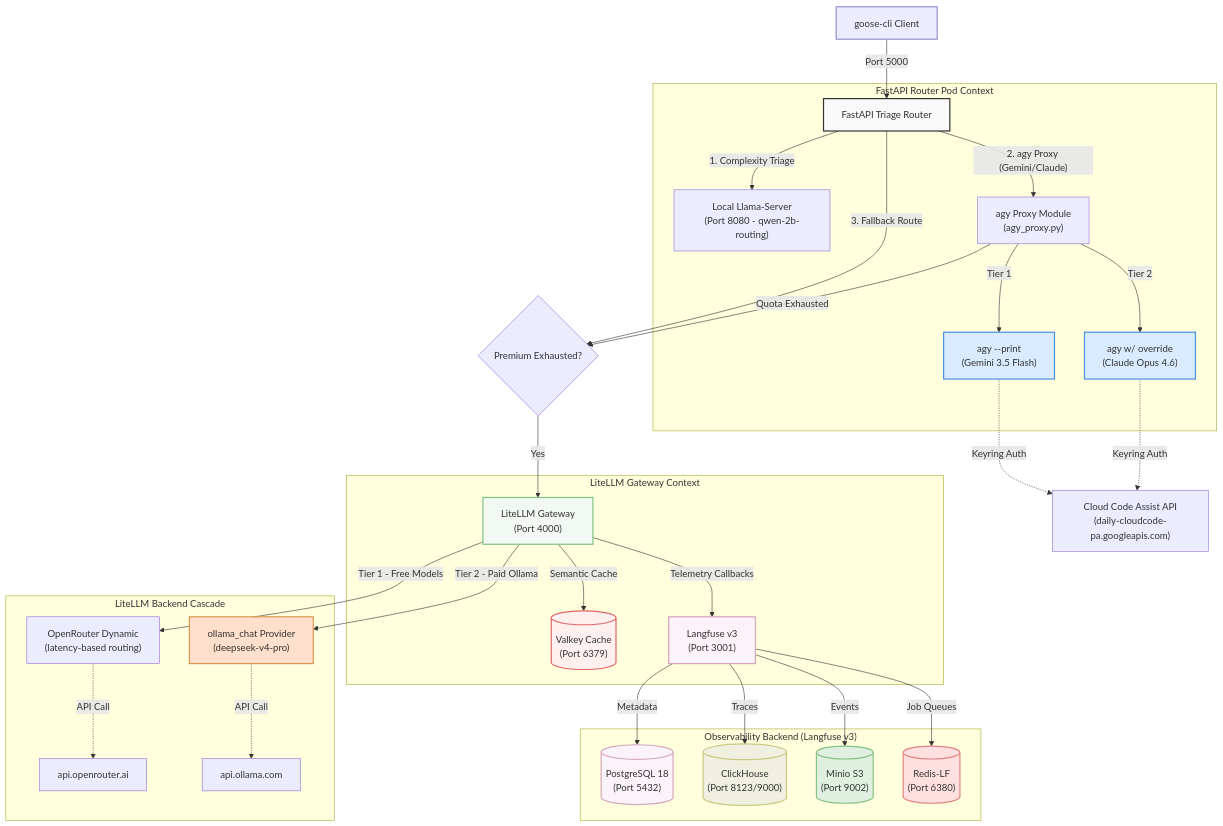
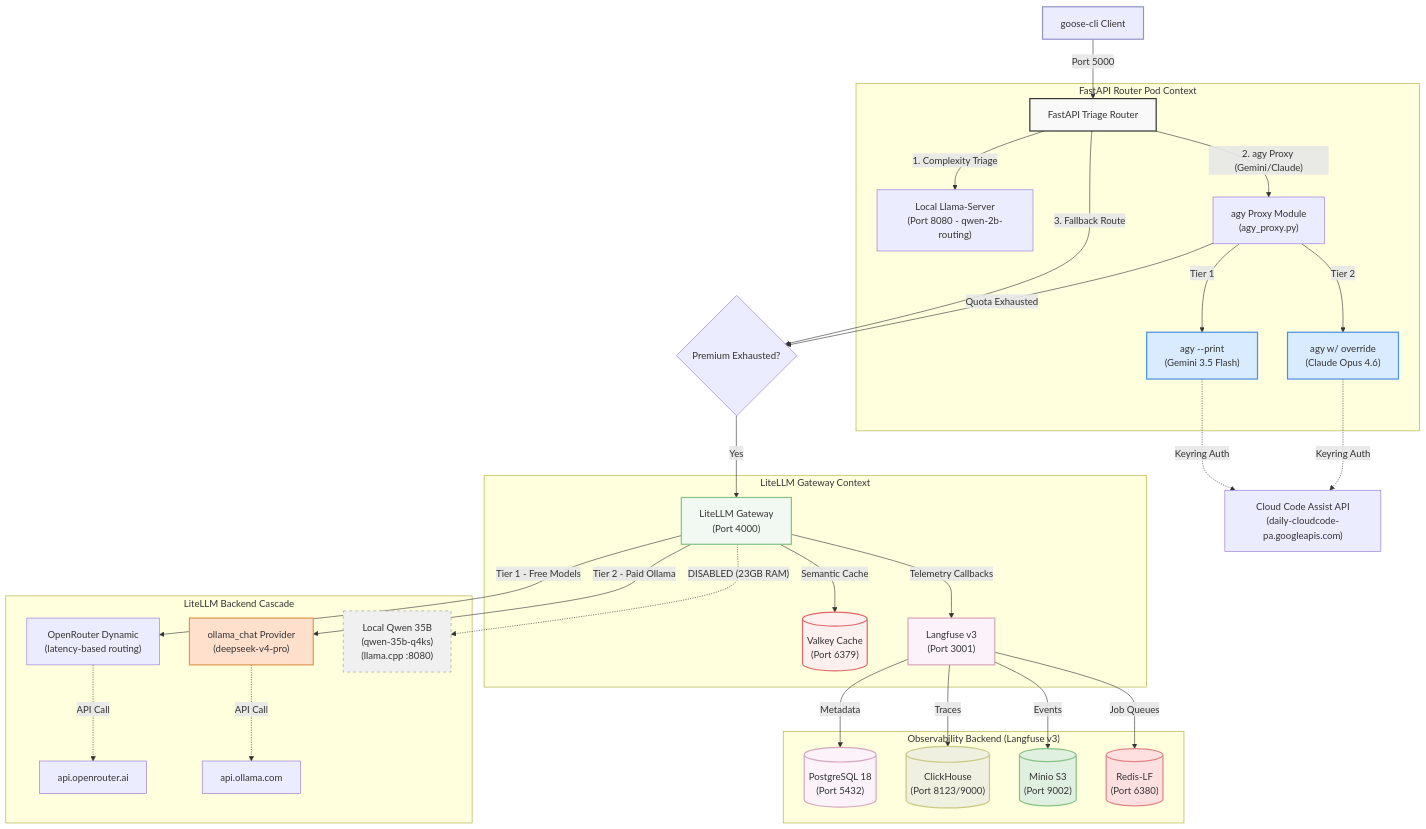
One commit to sheepdestroyer/LLM-Routing changed the first of 2 diagrams in README.md. Above: the diagram before and after it, drawn with Mermaid.

Commit message:
docs: add disabled local Qwen 35B to topology diagram — grayed out, dotted connection

````diff
--- a/README.md
+++ b/README.md
@@ -15,51 +15,53 @@
 ```mermaid
 graph TD
     Client["goose-cli Client"] -->|Port 5000| Router["FastAPI Triage Router"]
 
     subgraph FastAPIRouter ["FastAPI Router Pod Context"]
         Router -->|1. Complexity Triage| LlamaServer["Local Llama-Server\n(Port 8080 - qwen-2b-routing)"]
         Router -->|"2. agy Proxy (Gemini/Claude)"| AgyProxy["agy Proxy Module\n(agy_proxy.py)"]
 
         AgyProxy -->|Tier 1| AgyGemini["agy --print\n(Gemini 3.5 Flash)"]
         AgyProxy -->|Tier 2| AgyOpus["agy w/ override\n(Claude Opus 4.6)"]
     end
 
     AgyGemini -.->|Keyring Auth| Google["Cloud Code Assist API\n(daily-cloudcode-pa.googleapis.com)"]
     AgyOpus -.->|Keyring Auth| Google
 
     Router -->|3. Fallback Route| RouteSelector{"Premium Exhausted?"}
     RouteSelector -->|Yes| LiteLLM["LiteLLM Gateway\n(Port 4000)"]
     AgyProxy -->|Quota Exhausted| RouteSelector
 
     subgraph LiteLLMGateway ["LiteLLM Gateway Context"]
         LiteLLM -->|Semantic Cache| Valkey[("Valkey Cache\n(Port 6379)")]
         LiteLLM -->|Telemetry Callbacks| Langfuse["Langfuse v3\n(Port 3001)"]
     end
 
     subgraph BackendRoutingCascade ["LiteLLM Backend Cascade"]
         LiteLLM -->|Tier 1 - Free Models| OpenRouter["OpenRouter Dynamic\n(latency-based routing)"]
         LiteLLM -->|Tier 2 - Paid Ollama| OllamaTier["ollama_chat Provider\n(deepseek-v4-pro)"]
         OpenRouter -.->|API Call| OpenRouterAPI["api.openrouter.ai"]
         OllamaTier -.->|API Call| OllamaAPI["api.ollama.com"]
+        LiteLLM -.->|"DISABLED (23GB RAM)"| QwenLocal["Local Qwen 35B\n(qwen-35b-q4ks)\n(llama.cpp :8080)"]
     end
 
     subgraph Observability ["Observability Backend (Langfuse v3)"]
         Langfuse -->|Metadata| Postgres[("PostgreSQL 18\n(Port 5432)")]
         Langfuse -->|Traces| ClickHouse[("ClickHouse\n(Port 8123/9000)")]
         Langfuse -->|Events| Minio[("Minio S3\n(Port 9002)")]
         Langfuse -->|Job Queues| RedisLF[("Redis-LF\n(Port 6380)")]
     end
 
     style Client fill:#ececff,stroke:#9393c9,stroke-width:2px;
     style Router fill:#f9f9f9,stroke:#333,stroke-width:2px;
     style AgyGemini fill:#d9ebff,stroke:#4a90e2,stroke-width:2px;
     style AgyOpus fill:#d9ebff,stroke:#4a90e2,stroke-width:2px;
     style LiteLLM fill:#f2f9f2,stroke:#85c285,stroke-width:2px;
     style OllamaTier fill:#ffe0cc,stroke:#e09650,stroke-width:2px;
     style Valkey fill:#fff0f0,stroke:#e06666,stroke-width:2px;
     style Langfuse fill:#fbf2fa,stroke:#d5a6bd,stroke-width:2px;
     style Postgres fill:#fbf2fa,stroke:#d5a6bd,stroke-width:2px;
     style ClickHouse fill:#f0f0e0,stroke:#c9c985,stroke-width:2px;
     style Minio fill:#e0f0e0,stroke:#85c285,stroke-width:2px;
     style RedisLF fill:#ffe0e0,stroke:#e08585,stroke-width:2px;
+    style QwenLocal fill:#f0f0f0,stroke:#999,stroke-width:1px,stroke-dasharray:5;
 ```
````
